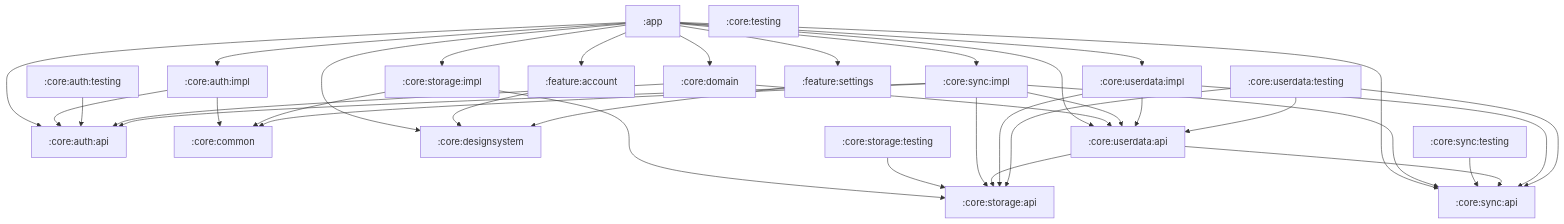
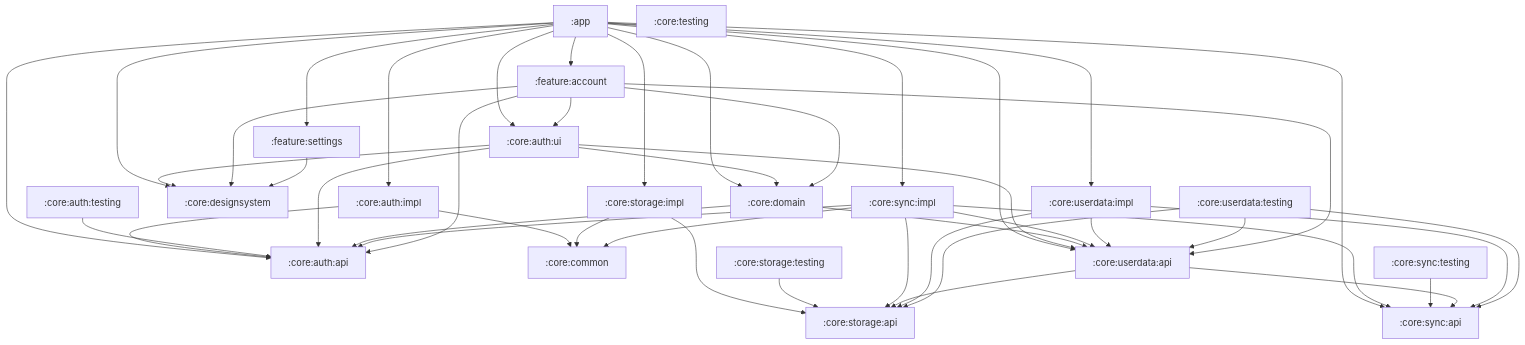
The diagram in README.md (toomanyeduardos/rolabox), drawn with Mermaid before and after one commit. The commit also changed other lines of this file and 43 other files, not shown here.

````diff
--- a/README.md
+++ b/README.md
@@ -163,57 +170,67 @@
 ```mermaid
 graph TD
     app[":app"]
     core_auth_api[":core:auth:api"]
     core_auth_impl[":core:auth:impl"]
     core_auth_testing[":core:auth:testing"]
+    core_auth_ui[":core:auth:ui"]
     core_common[":core:common"]
     core_designsystem[":core:designsystem"]
     core_domain[":core:domain"]
     core_storage_api[":core:storage:api"]
     core_storage_impl[":core:storage:impl"]
     core_storage_testing[":core:storage:testing"]
     core_sync_api[":core:sync:api"]
     core_sync_impl[":core:sync:impl"]
     core_sync_testing[":core:sync:testing"]
     core_testing[":core:testing"]
     core_userdata_api[":core:userdata:api"]
     core_userdata_impl[":core:userdata:impl"]
     core_userdata_testing[":core:userdata:testing"]
     feature_account[":feature:account"]
     feature_settings[":feature:settings"]
     app --> core_auth_api
     app --> core_auth_impl
+    app --> core_auth_ui
     app --> core_designsystem
     app --> core_domain
     app --> core_storage_impl
     app --> core_sync_api
     app --> core_sync_impl
     app --> core_userdata_api
     app --> core_userdata_impl
     app --> feature_account
     app --> feature_settings
     core_auth_impl --> core_auth_api
     core_auth_impl --> core_common
     core_auth_testing --> core_auth_api
+    core_auth_ui --> core_auth_api
+    core_auth_ui --> core_designsystem
+    core_auth_ui --> core_domain
+    core_auth_ui --> core_userdata_api
     core_domain --> core_auth_api
     core_domain --> core_userdata_api
     core_storage_impl --> core_common
     core_storage_impl --> core_storage_api
     core_storage_testing --> core_storage_api
     core_sync_impl --> core_auth_api
     core_sync_impl --> core_common
     core_sync_impl --> core_storage_api
     core_sync_impl --> core_sync_api
     core_sync_impl --> core_userdata_api
     core_sync_testing --> core_sync_api
     core_userdata_api --> core_storage_api
     core_userdata_api --> core_sync_api
     core_userdata_impl --> core_storage_api
     core_userdata_impl --> core_sync_api
     core_userdata_impl --> core_userdata_api
     core_userdata_testing --> core_storage_api
     core_userdata_testing --> core_sync_api
     core_userdata_testing --> core_userdata_api
+    feature_account --> core_auth_api
+    feature_account --> core_auth_ui
     feature_account --> core_designsystem
+    feature_account --> core_domain
+    feature_account --> core_userdata_api
     feature_settings --> core_designsystem
 ```
````
